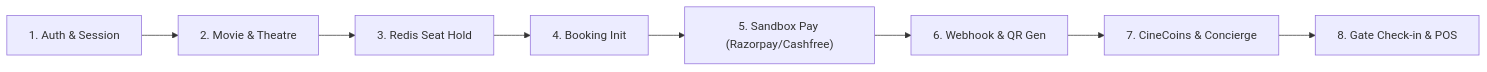
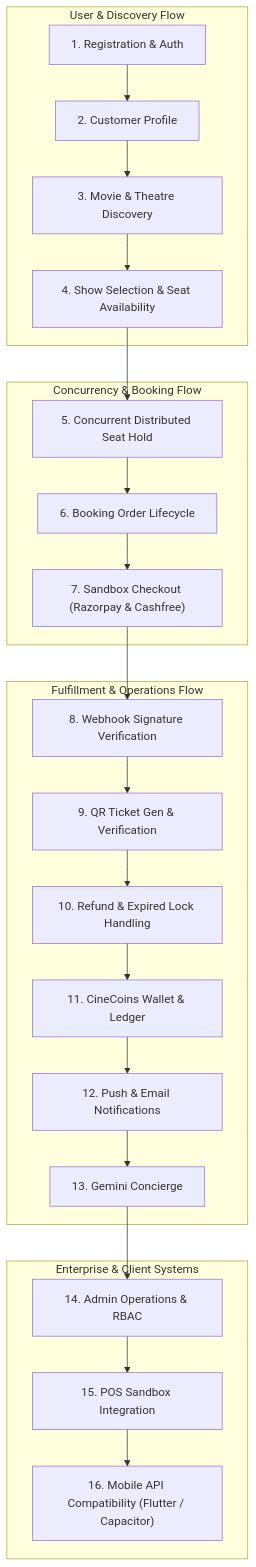
Before and after one commit to 1amar-ux/cinevenueofficial: the diagram in docs/staging/CINEVENUE_STAGING_E2E_TEST_PLAN.md, drawn with Mermaid. The commit also changed other lines of this file, not shown here.

Commit message:
docs(staging): update e2e staging test plan with 18-domain verification matrix

````diff
--- a/docs/staging/CINEVENUE_STAGING_E2E_TEST_PLAN.md
+++ b/docs/staging/CINEVENUE_STAGING_E2E_TEST_PLAN.md
@@ -14,10 +14,29 @@
 ```mermaid
-flowchart LR
-    A["1. Auth & Session"] --> B["2. Movie & Theatre"]
-    B --> C["3. Redis Seat Hold"]
-    C --> D["4. Booking Init"]
-    D --> E["5. Sandbox Pay (Razorpay/Cashfree)"]
-    E --> F["6. Webhook & QR Gen"]
-    F --> G["7. CineCoins & Concierge"]
-    G --> H["8. Gate Check-in & POS"]
+flowchart TD
+    subgraph User_Flow["User & Discovery Flow"]
+        A["1. Registration & Auth"] --> B["2. Customer Profile"]
+        B --> C["3. Movie & Theatre Discovery"]
+        C --> D["4. Show Selection & Seat Availability"]
+    end
+
+    subgraph Locking_Booking["Concurrency & Booking Flow"]
+        D --> E["5. Concurrent Distributed Seat Hold"]
+        E --> F["6. Booking Order Lifecycle"]
+        F --> G["7. Sandbox Checkout (Razorpay & Cashfree)"]
+    end
+
+    subgraph Post_Payment["Fulfillment & Operations Flow"]
+        G --> H["8. Webhook Signature Verification"]
+        H --> I["9. QR Ticket Gen & Verification"]
+        I --> J["10. Refund & Expired Lock Handling"]
+        J --> K["11. CineCoins Wallet & Ledger"]
+        K --> L["12. Push & Email Notifications"]
+        L --> M["13. Gemini Concierge"]
+    end
+
+    subgraph Administration["Enterprise & Client Systems"]
+        M --> N["14. Admin Operations & RBAC"]
+        N --> O["15. POS Sandbox Integration"]
+        O --> P["16. Mobile API Compatibility (Flutter / Capacitor)"]
+    end
 ```
````
